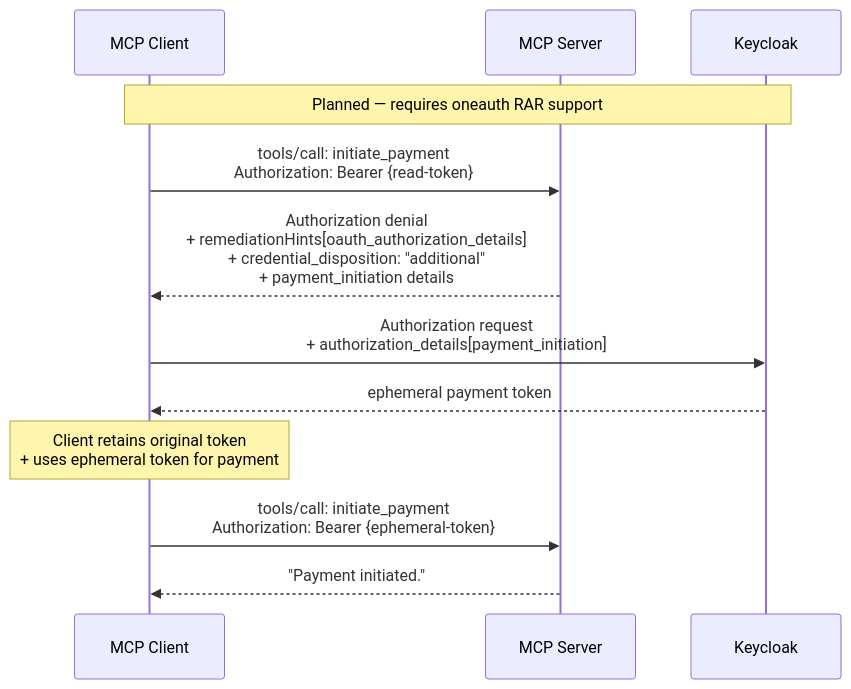
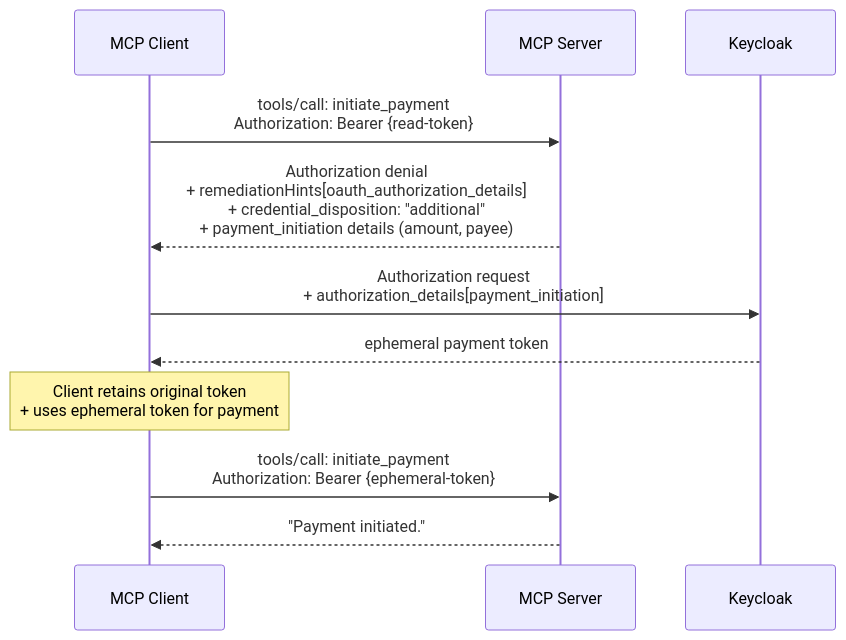
The second of 2 diagrams in examples/fine-grained-auth/README.md (panyam/mcpkit), drawn with Mermaid before and after one commit. The commit also changed other lines of this file and 3 other files, not shown here.

First line of the commit message:
feat: UC3 initiate_payment with RFC 9396 RAR (oneauth v0.0.76)

````diff
--- a/examples/fine-grained-auth/README.md
+++ b/examples/fine-grained-auth/README.md
@@ -67,19 +67,17 @@
 ```mermaid
 sequenceDiagram
     participant Client as MCP Client
     participant Server as MCP Server
     participant KC as Keycloak
 
-    Note over Client,KC: Planned — requires oneauth RAR support
-
     Client->>Server: tools/call: initiate_payment<br/>Authorization: Bearer {read-token}
-    Server-->>Client: Authorization denial<br/>+ remediationHints[oauth_authorization_details]<br/>+ credential_disposition: "additional"<br/>+ payment_initiation details
+    Server-->>Client: Authorization denial<br/>+ remediationHints[oauth_authorization_details]<br/>+ credential_disposition: "additional"<br/>+ payment_initiation details (amount, payee)
 
     Client->>KC: Authorization request<br/>+ authorization_details[payment_initiation]
     KC-->>Client: ephemeral payment token
 
     Note over Client: Client retains original token<br/>+ uses ephemeral token for payment
 
     Client->>Server: tools/call: initiate_payment<br/>Authorization: Bearer {ephemeral-token}
     Server-->>Client: "Payment initiated."
 ```
````
